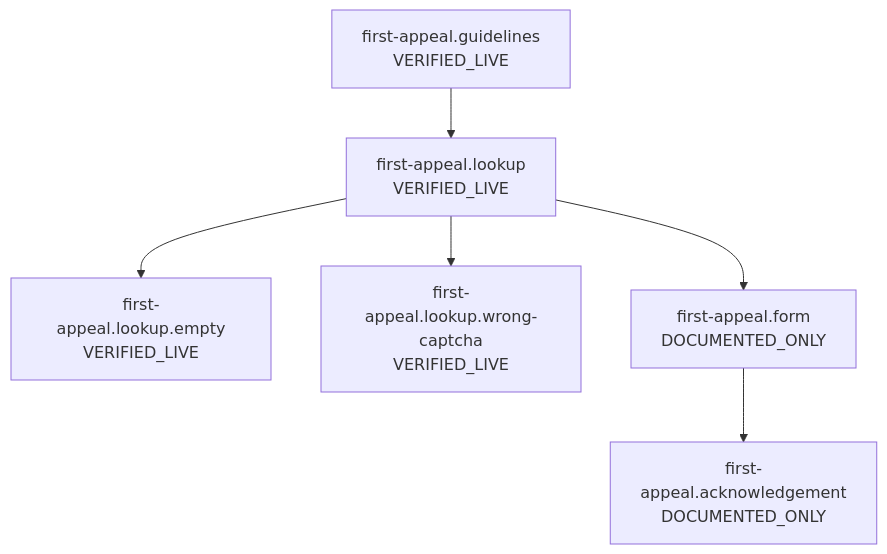
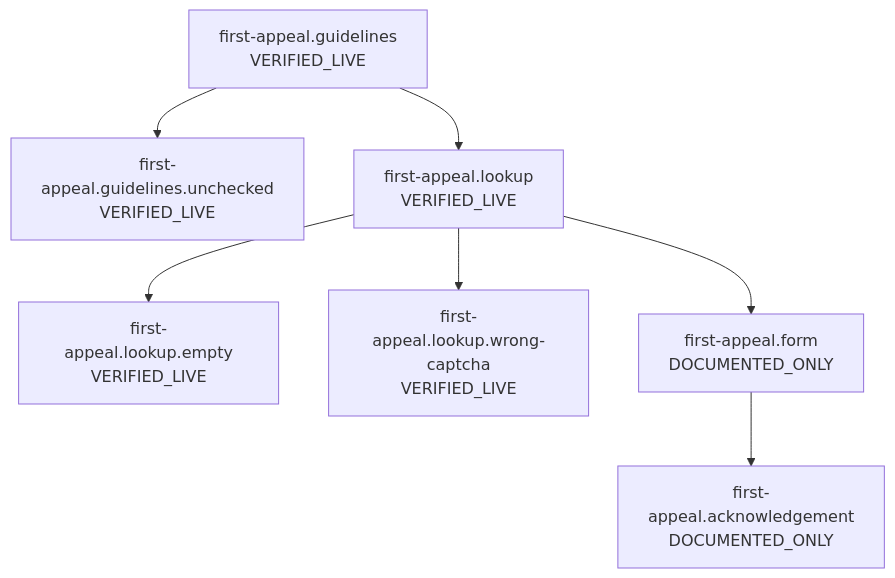
One commit to abhieq31/rti-gov changed the diagram in docs/reference/rti-online/flows/first-appeal.md. Above: the diagram before and after it, drawn with Mermaid. The commit also changed other lines of this file and 63 other files, not shown here.

First line of the commit message:
Capture bilingual gate validation and appeal unchecked probe

````diff
--- a/docs/reference/rti-online/flows/first-appeal.md
+++ b/docs/reference/rti-online/flows/first-appeal.md
@@ -3,14 +3,16 @@
 ```mermaid
 flowchart TD
   first_appeal_guidelines["first-appeal.guidelines\nVERIFIED_LIVE"]
+  first_appeal_guidelines_unchecked["first-appeal.guidelines.unchecked\nVERIFIED_LIVE"]
   first_appeal_lookup["first-appeal.lookup\nVERIFIED_LIVE"]
   first_appeal_lookup_empty["first-appeal.lookup.empty\nVERIFIED_LIVE"]
   first_appeal_lookup_wrong_captcha["first-appeal.lookup.wrong-captcha\nVERIFIED_LIVE"]
   first_appeal_form["first-appeal.form\nDOCUMENTED_ONLY"]:::doc
   first_appeal_acknowledgement["first-appeal.acknowledgement\nDOCUMENTED_ONLY"]:::doc
+  first_appeal_guidelines --> first_appeal_guidelines_unchecked
   first_appeal_guidelines --> first_appeal_lookup
   first_appeal_lookup --> first_appeal_lookup_empty
   first_appeal_lookup --> first_appeal_lookup_wrong_captcha
   first_appeal_lookup --> first_appeal_form
   first_appeal_form --> first_appeal_acknowledgement
 ```
````
